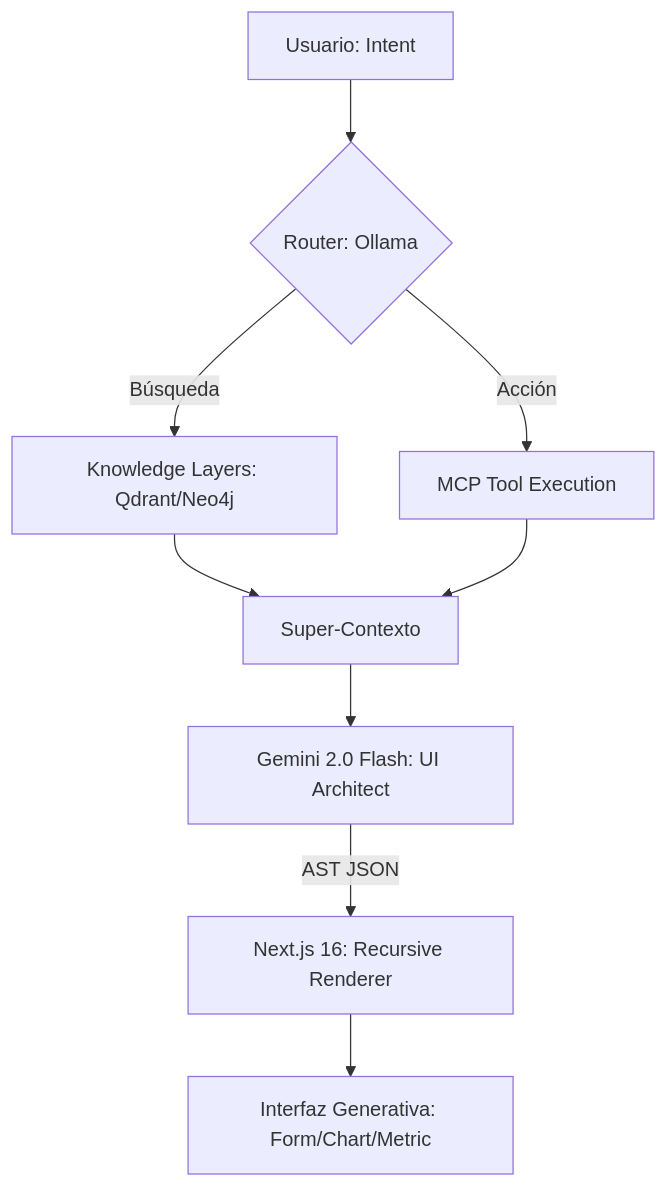
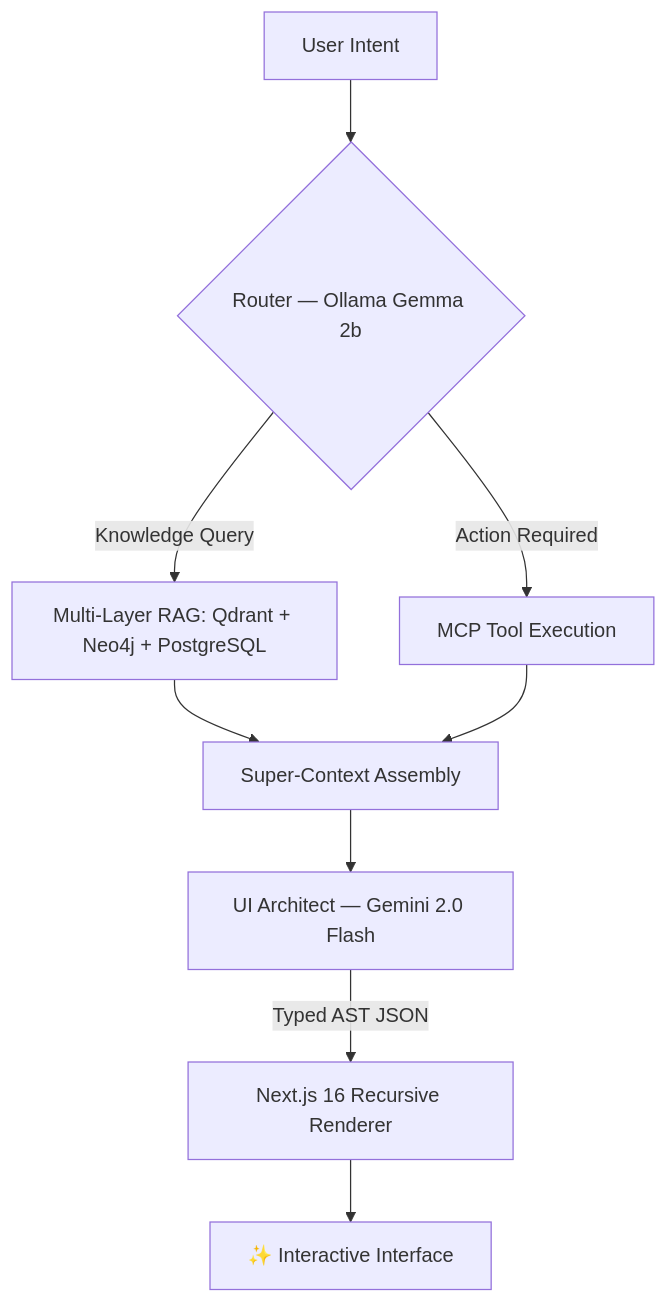
The first of 2 diagrams in README.md (Daniel-Humberto/Nahual.AI), drawn with Mermaid before and after one commit. The commit also changed other lines of this file, not shown here.

````diff
--- a/README.md
+++ b/README.md
@@ -85,10 +96,10 @@
 ```mermaid
 graph TD
-    A[Usuario: Intent] --> B{Router: Ollama}
-    B -->|Búsqueda| C[Knowledge Layers: Qdrant/Neo4j]
-    B -->|Acción| D[MCP Tool Execution]
-    C & D --> E[Super-Contexto]
-    E --> F[Gemini 2.0 Flash: UI Architect]
-    F -->|AST JSON| G[Next.js 16: Recursive Renderer]
-    G --> H[Interfaz Generativa: Form/Chart/Metric]
+    A[User Intent] --> B{Router — Ollama Gemma 2b}
+    B -->|Knowledge Query| C[Multi-Layer RAG: Qdrant + Neo4j + PostgreSQL]
+    B -->|Action Required| D[MCP Tool Execution]
+    C & D --> E[Super-Context Assembly]
+    E --> F[UI Architect — Gemini 2.0 Flash]
+    F -->|Typed AST JSON| G[Next.js 16 Recursive Renderer]
+    G --> H[✨ Interactive Interface]
 ```
````
